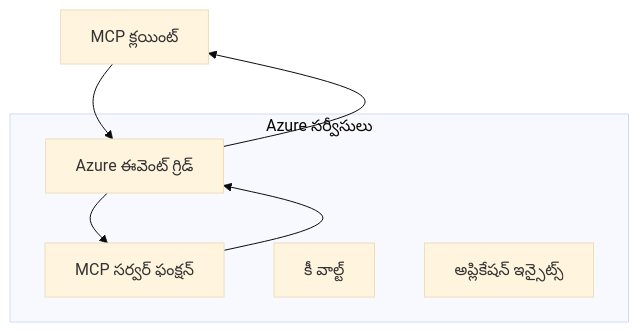
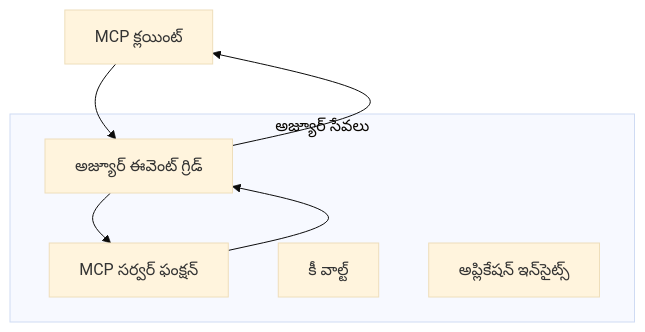
Before and after one commit to HIDORAKAI002/ai-workspace-archive: the first of 2 diagrams in mcp_ecosystem__model_context_protocol/mcp_learning_resources/mcp-for-beginners/translations/te/05-AdvancedTopics/mcp-transport/README.md, drawn with Mermaid (base theme). The commit also changed other lines of this file and 1046 other files, not shown here.

````diff
--- a/mcp_ecosystem__model_context_protocol/mcp_learning_resources/mcp-for-beginners/translations/te/05-AdvancedTopics/mcp-transport/README.md
+++ b/mcp_ecosystem__model_context_protocol/mcp_learning_resources/mcp-for-beginners/translations/te/05-AdvancedTopics/mcp-transport/README.md
@@ -58,14 +60,14 @@
 ```mermaid
 graph TB
-    Client[MCP క్లయింట్] --> EG[Azure ఈవెంట్ గ్రిడ్]
+    Client[MCP క్లయింట్] --> EG[అజ్యూర్ ఈవెంట్ గ్రిడ్]
     EG --> Server[MCP సర్వర్ ఫంక్షన్]
     Server --> EG
     EG --> Client
     
-    subgraph "Azure సర్వీసులు"
+    subgraph "అజ్యూర్ సేవలు"
         EG
         Server
         KV[కీ వాల్ట్]
-        Monitor[అప్లికేషన్ ఇన్సైట్స్]
+        Monitor[అప్లికేషన్ ఇన్‌సైట్స్]
     end
 ```
````
